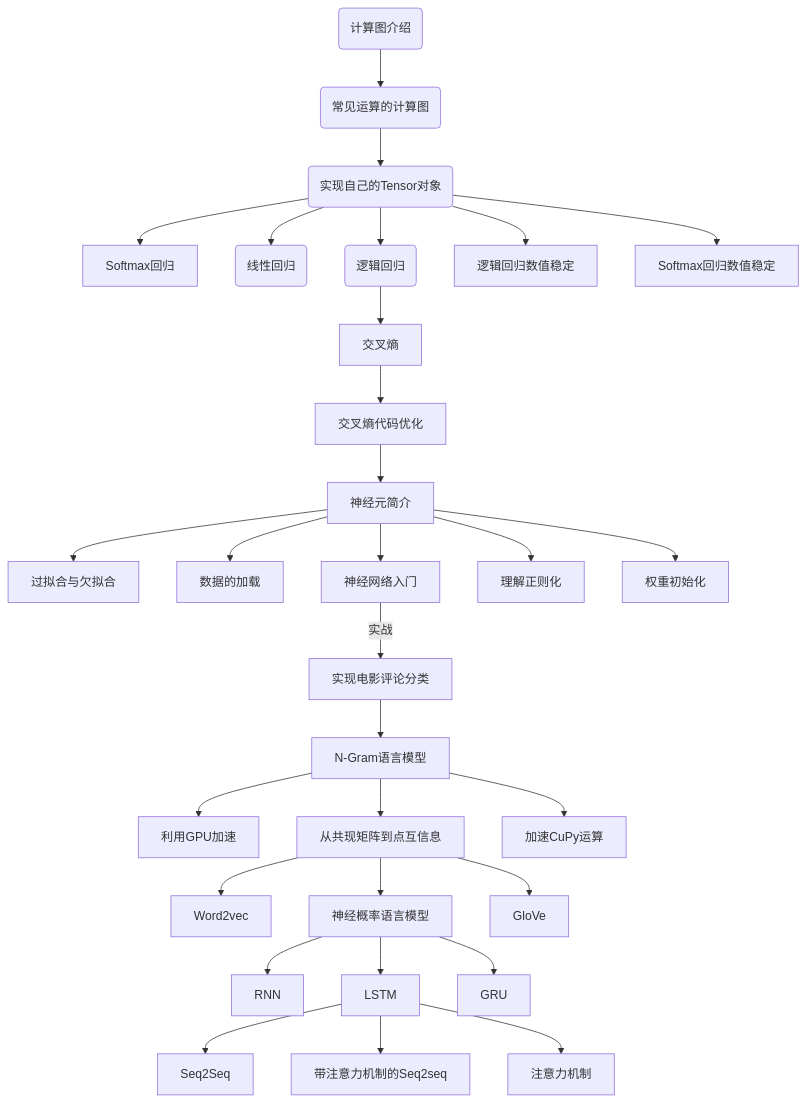
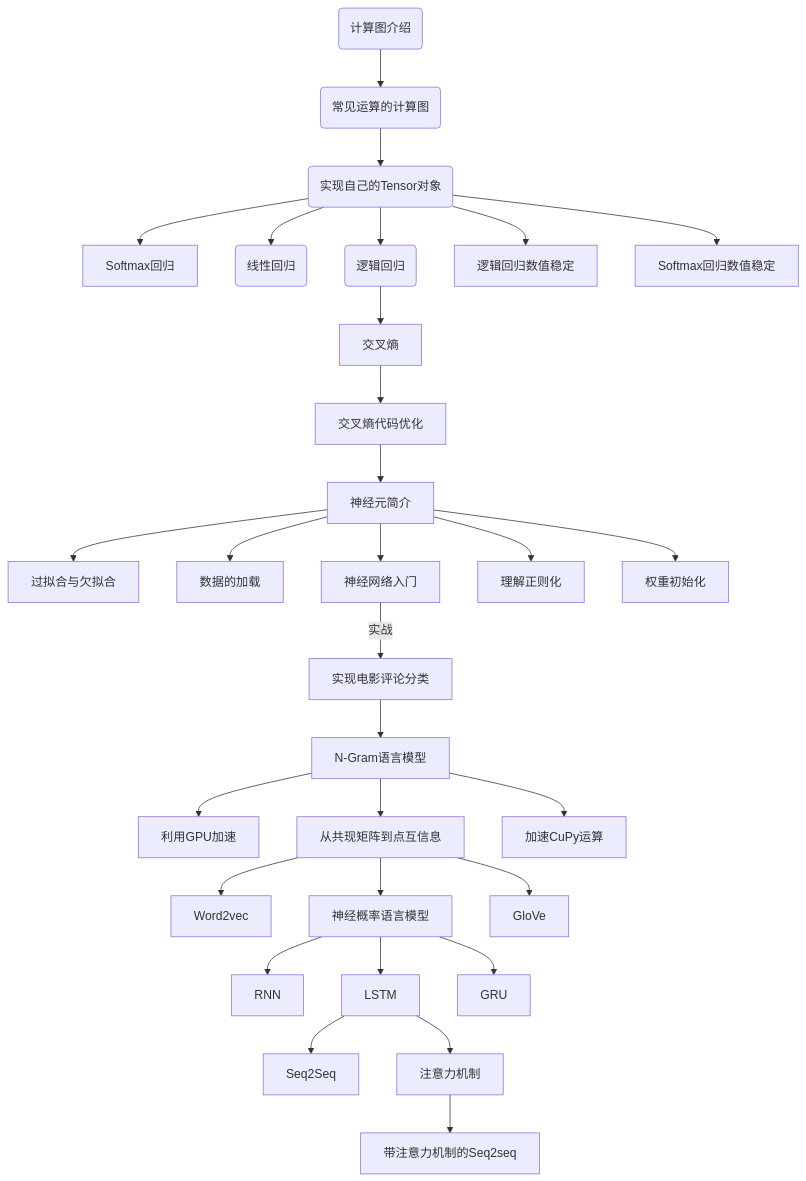
One commit to nlp-greyfoss/metagrad changed the diagram in README.md. Above: the diagram before and after it, drawn with Mermaid.

````diff
--- a/README.md
+++ b/README.md
@@ -23,63 +23,64 @@
 ```mermaid
 graph TD
 Graph(计算图介绍)  --> Operator(常见运算的计算图)
 Operator --> Tensor(实现自己的Tensor对象)
 Tensor  --> Softmax回归
 Tensor --> LinearRegression(线性回归)
 Tensor  -->  LogisticRegression(逻辑回归)
 Tensor  -->  逻辑回归数值稳定
 Tensor  --> Softmax回归数值稳定
 LogisticRegression--> 交叉熵
 交叉熵 --> 交叉熵代码优化
 交叉熵代码优化 --> 神经元简介
 神经元简介--> 过拟合与欠拟合
 神经元简介 --> 数据的加载
 神经元简介 --> 神经网络入门
 神经元简介 --> 理解正则化
 神经元简介 --> 权重初始化
 神经网络入门 --实战 --> 实现电影评论分类 --> N-Gram语言模型
 N-Gram语言模型 --> 利用GPU加速
 N-Gram语言模型 --> 从共现矩阵到点互信息
 N-Gram语言模型 --> 加速CuPy运算
 从共现矩阵到点互信息 --> Word2vec
 从共现矩阵到点互信息 --> 神经概率语言模型
 从共现矩阵到点互信息 --> GloVe
 神经概率语言模型 --> RNN
 神经概率语言模型 --> LSTM
 神经概率语言模型 --> GRU
 LSTM --> Seq2Seq 
-LSTM --> 带注意力机制的Seq2seq
 LSTM --> 注意力机制
-带注意力机制的Seq2seq 
+注意力机制 --> 带注意力机制的Seq2seq 
+
 
 
 click Graph "https://helloai.blog.csdn.net/article/details/121964022"
 click Operator "https://helloai.blog.csdn.net/article/details/122024945"
 click Tensor "https://helloai.blog.csdn.net/article/details/122054811"
 click LinearRegression "https://helloai.blog.csdn.net/article/details/122241715"
 click LogisticRegression "https://helloai.blog.csdn.net/article/details/122446249"
 click Softmax回归 "https://helloai.blog.csdn.net/article/details/122546843"
 click 逻辑回归数值稳定 "https://helloai.blog.csdn.net/article/details/122610850"
 click Softmax回归数值稳定 "https://helloai.blog.csdn.net/article/details/122678759"
 click 交叉熵 "https://helloai.blog.csdn.net/article/details/121734499"
 click 交叉熵代码优化 "https://helloai.blog.csdn.net/article/details/124546530"
 click 神经元简介 "https://helloai.blog.csdn.net/article/details/122775512"
 click 过拟合与欠拟合 "https://helloai.blog.csdn.net/article/details/123151877"
 click 数据的加载 "https://helloai.blog.csdn.net/article/details/123399307"
 click 神经网络入门 "https://helloai.blog.csdn.net/article/details/122949665"
 click 理解正则化 "https://helloai.blog.csdn.net/article/details/123716578"
 click 权重初始化 "https://helloai.blog.csdn.net/article/details/124332725"
 click 实现电影评论分类 "https://helloai.blog.csdn.net/article/details/123036716"
 click N-Gram语言模型 "https://helloai.blog.csdn.net/article/details/124384220"
 click 利用GPU加速 "https://helloai.blog.csdn.net/article/details/124840221"
 click 从共现矩阵到点互信息 "https://helloai.blog.csdn.net/article/details/124872206"
 click Word2vec "https://helloai.blog.csdn.net/article/details/124886086"
 click 加速CuPy运算 "https://helloai.blog.csdn.net/article/details/124840221"
 click 神经概率语言模型 "https://helloai.blog.csdn.net/article/details/125059374"
 click GloVe "https://helloai.blog.csdn.net/article/details/125793540"
 click RNN "https://helloai.blog.csdn.net/article/details/125368951"
 click LSTM "https://helloai.blog.csdn.net/article/details/125504178"
 click GRU "https://helloai.blog.csdn.net/article/details/125663927"
 click Seq2Seq "https://helloai.blog.csdn.net/article/details/126704328"
+click 注意力机制 "https://helloai.blog.csdn.net/article/details/131598293"
 click 带注意力机制的Seq2seq "https://helloai.blog.csdn.net/article/details/131662891"
 ```
````
